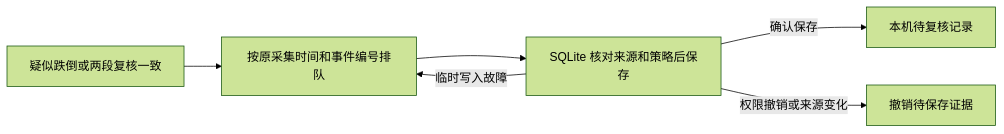
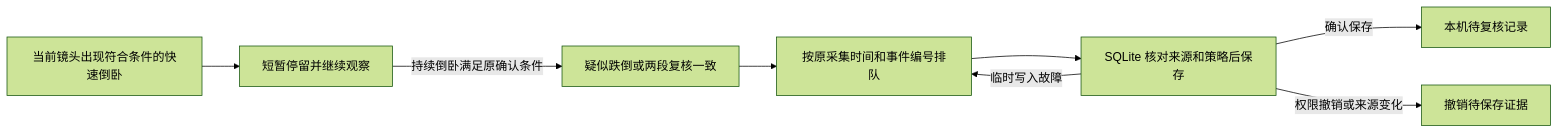
Before and after one commit to Geeprox/Friday: the first of 2 diagrams in docs/architecture.md, drawn with Mermaid (forest theme). The commit also changed other lines of this file and 12 other files, not shown here.

````diff
--- a/docs/architecture.md
+++ b/docs/architecture.md
@@ -26,8 +29,10 @@
 ```mermaid
 flowchart LR
+  F[当前镜头出现符合条件的快速倒卧] --> H[短暂停留并继续观察]
+  H -->|持续倒卧满足原确认条件| S
   S[疑似跌倒或两段复核一致] --> Q[按原采集时间和事件编号排队]
   Q --> W[SQLite 核对来源和策略后保存]
   W -->|临时写入故障| Q
   W -->|确认保存| R[本机待复核记录]
   W -->|权限撤销或来源变化| D[撤销待保存证据]
 ```
````
